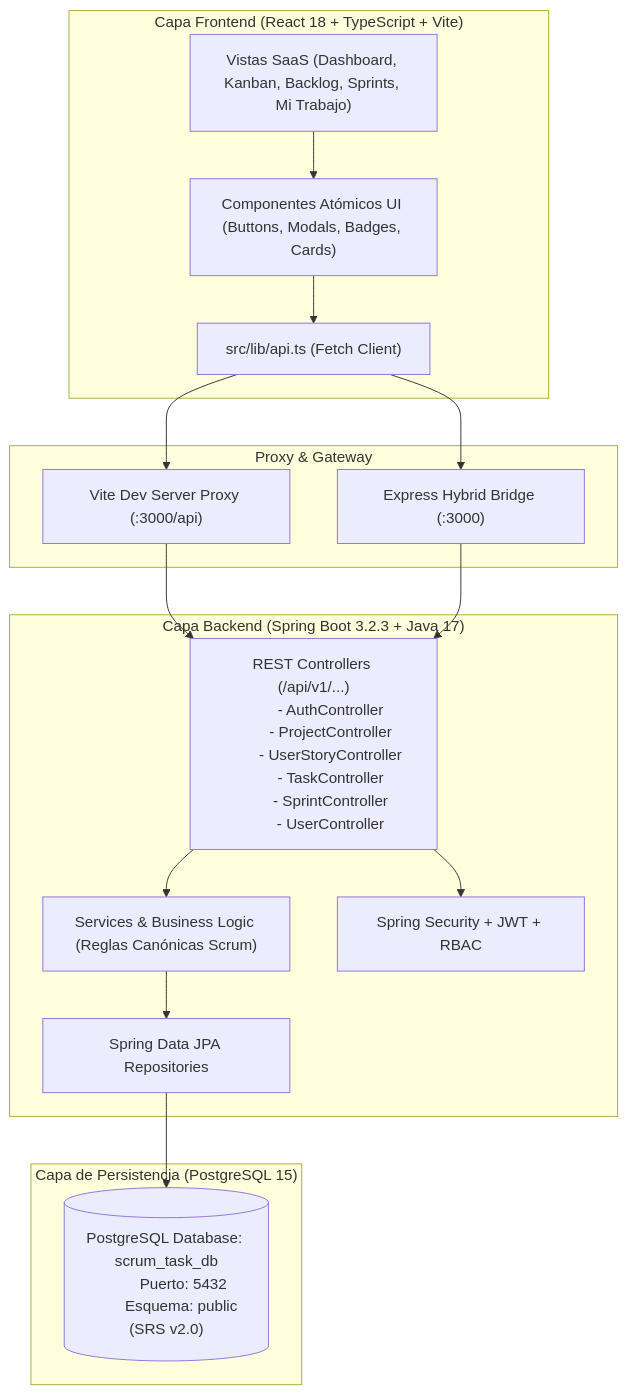
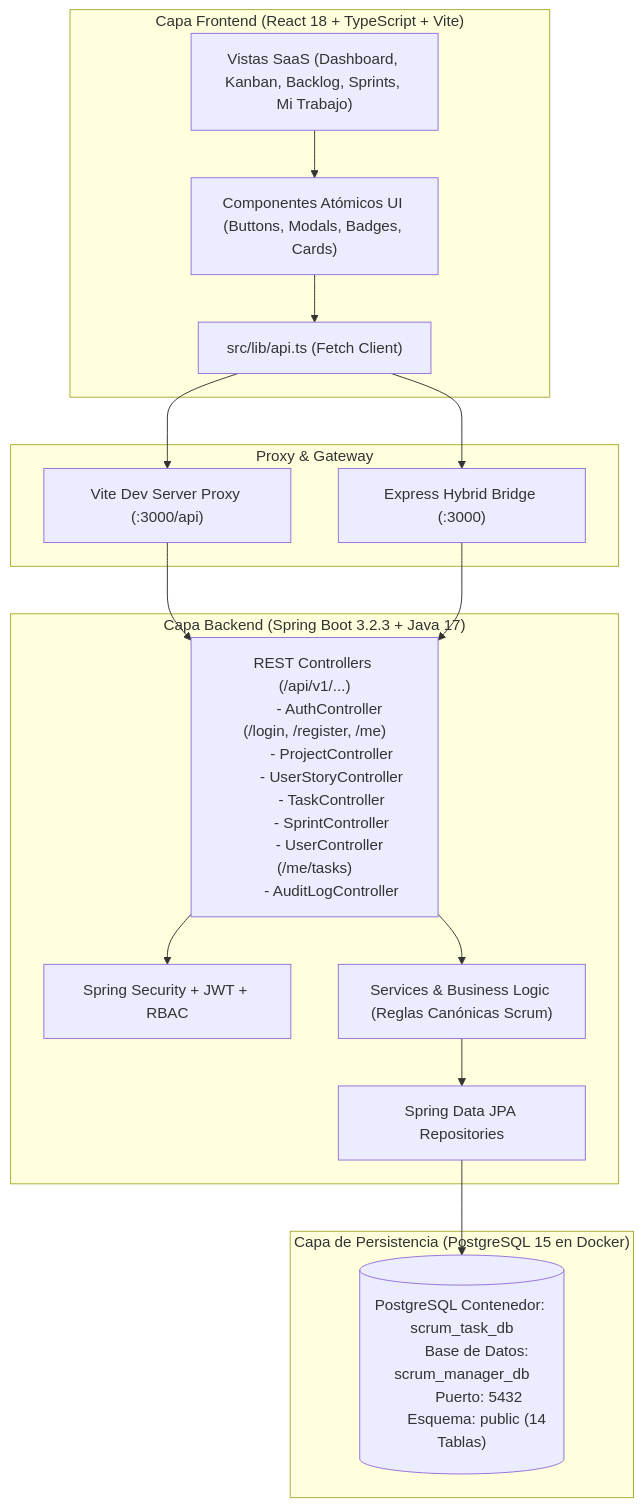
Before and after one commit to Andrexvz/Proyecto---Gestor-de-tareas-con-metodolog-a-Scrum: the diagram in INFORME_ENTREGA_FINAL_SPRINT_3.md, drawn with Mermaid. The commit also changed other lines of this file, not shown here.

Commit message:
docs(sprint-3): update delivery report with auth fix and postgresql parameters

````diff
--- a/INFORME_ENTREGA_FINAL_SPRINT_3.md
+++ b/INFORME_ENTREGA_FINAL_SPRINT_3.md
@@ -50,43 +51,45 @@
 ```mermaid
 graph TD
     subgraph Frontend ["Capa Frontend (React 18 + TypeScript + Vite)"]
         UI["Vistas SaaS (Dashboard, Kanban, Backlog, Sprints, Mi Trabajo)"]
         Components["Componentes Atómicos UI (Buttons, Modals, Badges, Cards)"]
         APILib["src/lib/api.ts (Fetch Client)"]
         UI --> Components
         Components --> APILib
     end
 
     subgraph ProxyGateway ["Proxy & Gateway"]
         ViteProxy["Vite Dev Server Proxy (:3000/api)"]
         ExpressProxy["Express Hybrid Bridge (:3000)"]
         APILib --> ViteProxy
         APILib --> ExpressProxy
     end
 
     subgraph Backend ["Capa Backend (Spring Boot 3.2.3 + Java 17)"]
         Controllers["REST Controllers (/api/v1/...)
-        - AuthController
+        - AuthController (/login, /register, /me)
         - ProjectController
         - UserStoryController
         - TaskController
         - SprintController
-        - UserController"]
+        - UserController (/me/tasks)
+        - AuditLogController"]
+        Security["Spring Security + JWT + RBAC"]
         Services["Services & Business Logic (Reglas Canónicas Scrum)"]
-        Security["Spring Security + JWT + RBAC"]
         Repo["Spring Data JPA Repositories"]
         
         ViteProxy --> Controllers
         ExpressProxy --> Controllers
         Controllers --> Security
         Controllers --> Services
         Services --> Repo
     end
 
-    subgraph Database ["Capa de Persistencia (PostgreSQL 15)"]
-        PG[("PostgreSQL Database: scrum_task_db
+    subgraph Database ["Capa de Persistencia (PostgreSQL 15 en Docker)"]
+        PG[("PostgreSQL Contenedor: scrum_task_db
+        Base de Datos: scrum_manager_db
         Puerto: 5432
-        Esquema: public (SRS v2.0)")]
+        Esquema: public (14 Tablas)")]
         Repo --> PG
     end
 ```
````
